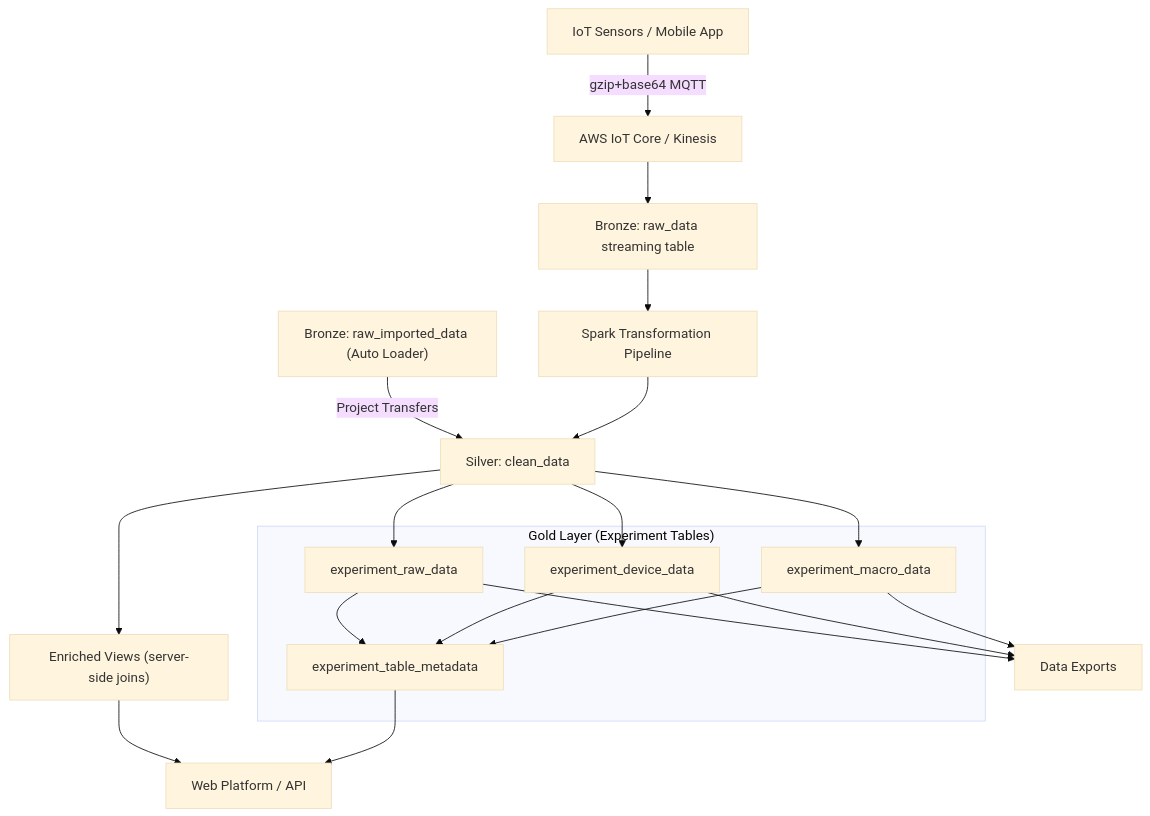
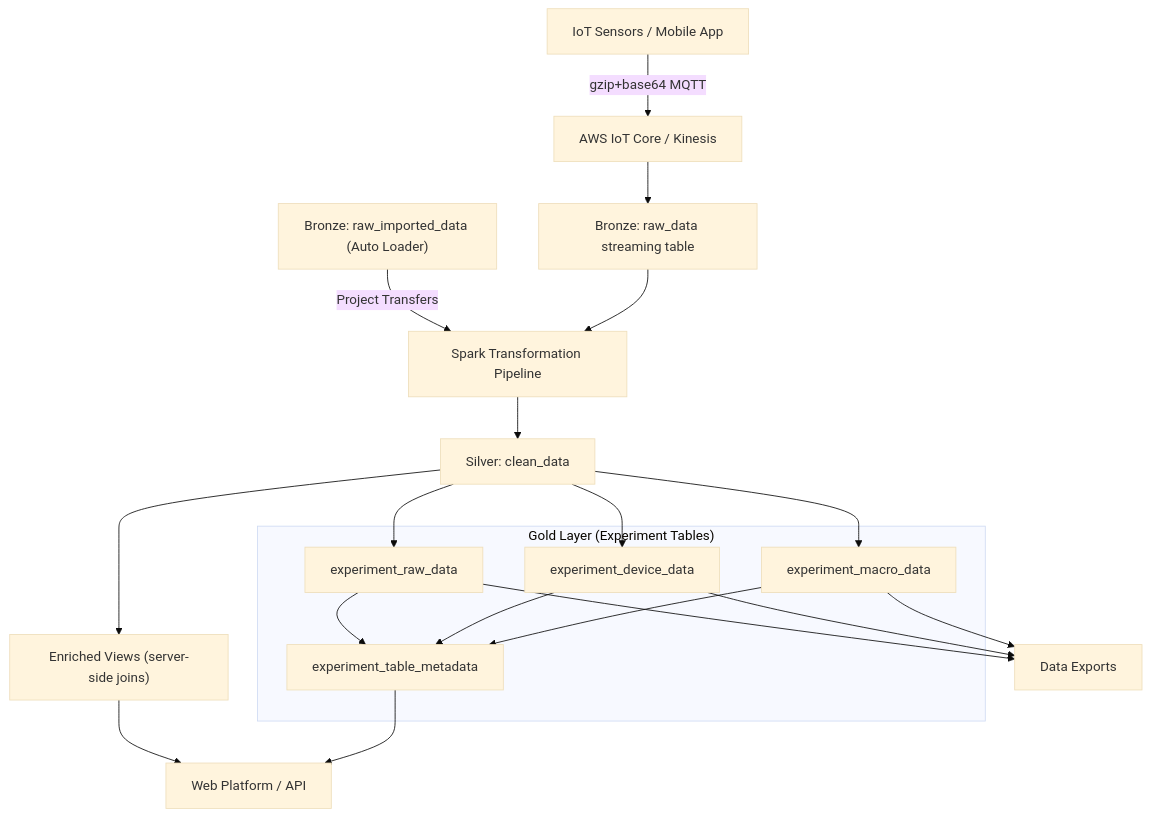
One commit to Jan-IngenHousz-Institute/open-jii changed the diagram in apps/docs/docs/003-data-platform/003-ingestion-architecture.md. Above: the diagram before and after it, drawn with Mermaid (base theme). The commit also changed 3 other files, not shown here.

````diff
--- a/apps/docs/docs/003-data-platform/003-ingestion-architecture.md
+++ b/apps/docs/docs/003-data-platform/003-ingestion-architecture.md
@@ -121,38 +121,38 @@
 ```mermaid
 graph TD
 A[IoT Sensors / Mobile App]
 B[AWS IoT Core / Kinesis]
 C["Bronze: raw_data streaming table"]
 D["Bronze: raw_imported_data (Auto Loader)"]
 E[Spark Transformation Pipeline]
 F["Silver: clean_data"]
 G["Enriched Views (server-side joins)"]
 
 subgraph "Gold Layer (Experiment Tables)"
 H[experiment_raw_data]
 I[experiment_device_data]
 J[experiment_macro_data]
 K[experiment_table_metadata]
 end
 
 L[Web Platform / API]
 M[Data Exports]
 
 A -->|"gzip+base64 MQTT"| B
 B --> C
-D -->|"Project Transfers"| F
+D -->|"Project Transfers"| E
 C --> E
 E --> F
 F --> G
 F --> H
 F --> I
 F --> J
 H --> K
 I --> K
 J --> K
 G --> L
 K --> L
 H --> M
 I --> M
 J --> M
 ```
````
